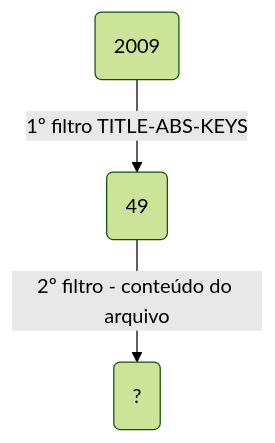
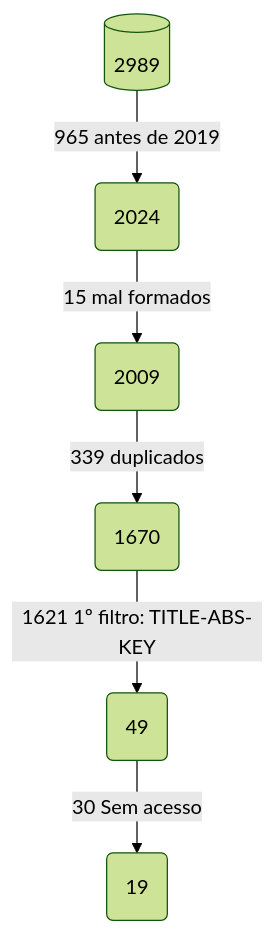
The diagram in flowchart.mermaid (emanoelopes/-SBBD_DS4SG_2024_RSL), drawn with Mermaid (forest theme) before and after one commit.

```diff
--- a/flowchart.mermaid
+++ b/flowchart.mermaid
@@ -1,3 +1,6 @@
 flowchart TD
-    A(2009) -->|1º filtro TITLE-ABS-KEYS| B(49)
-    B --> |2º filtro - conteúdo do arquivo| C(?)
+    A[(2989)] -->|965 antes de 2019| B(2024)
+    B --> |15 mal formados| C(2009)
+    C --> |339 duplicados | D(1670)
+    D --> |1621 1º filtro: TITLE-ABS-KEY | E(49)
+    E --> |30 Sem acesso| F(19)
```
